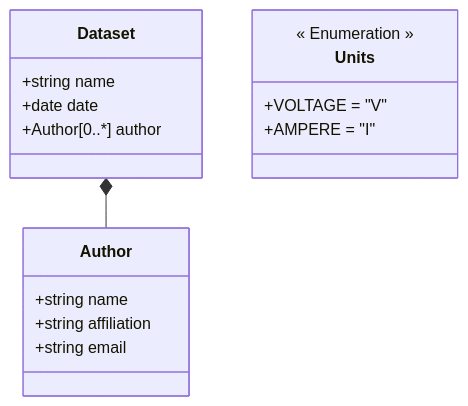
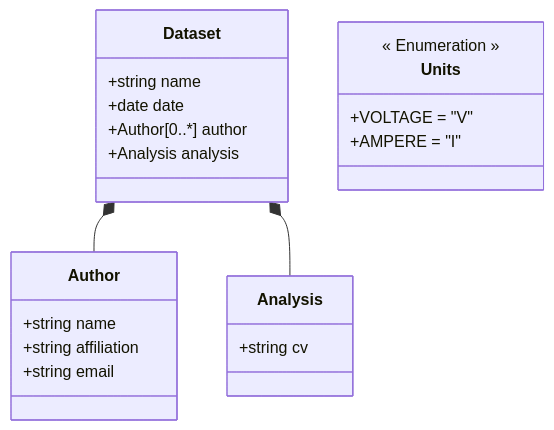
One commit to FAIRChemistry/datamodel-electrochemistry changed the diagram in ElectrochemistryDataModel/schemes/Datamodel for Electrochemistry.md. Above: the diagram before and after it, drawn with Mermaid. The commit also changed 5 other files, not shown here.

````diff
--- a/ElectrochemistryDataModel/schemes/Datamodel for Electrochemistry.md
+++ b/ElectrochemistryDataModel/schemes/Datamodel for Electrochemistry.md
@@ -1,23 +1,29 @@
 ```mermaid
 classDiagram
     Dataset *-- Author
+    Dataset *-- Analysis
     
     class Dataset {
         +string name
         +date date
         +Author[0..*] author
+        +Analysis analysis
+    }
+    
+    class Analysis {
+        +string cv
     }
     
     class Author {
         +string name
         +string affiliation
         +string email
     }
     
     class Units {
         << Enumeration >>
         +VOLTAGE = "V"
         +AMPERE = "I"
     }
     
 ```
````
